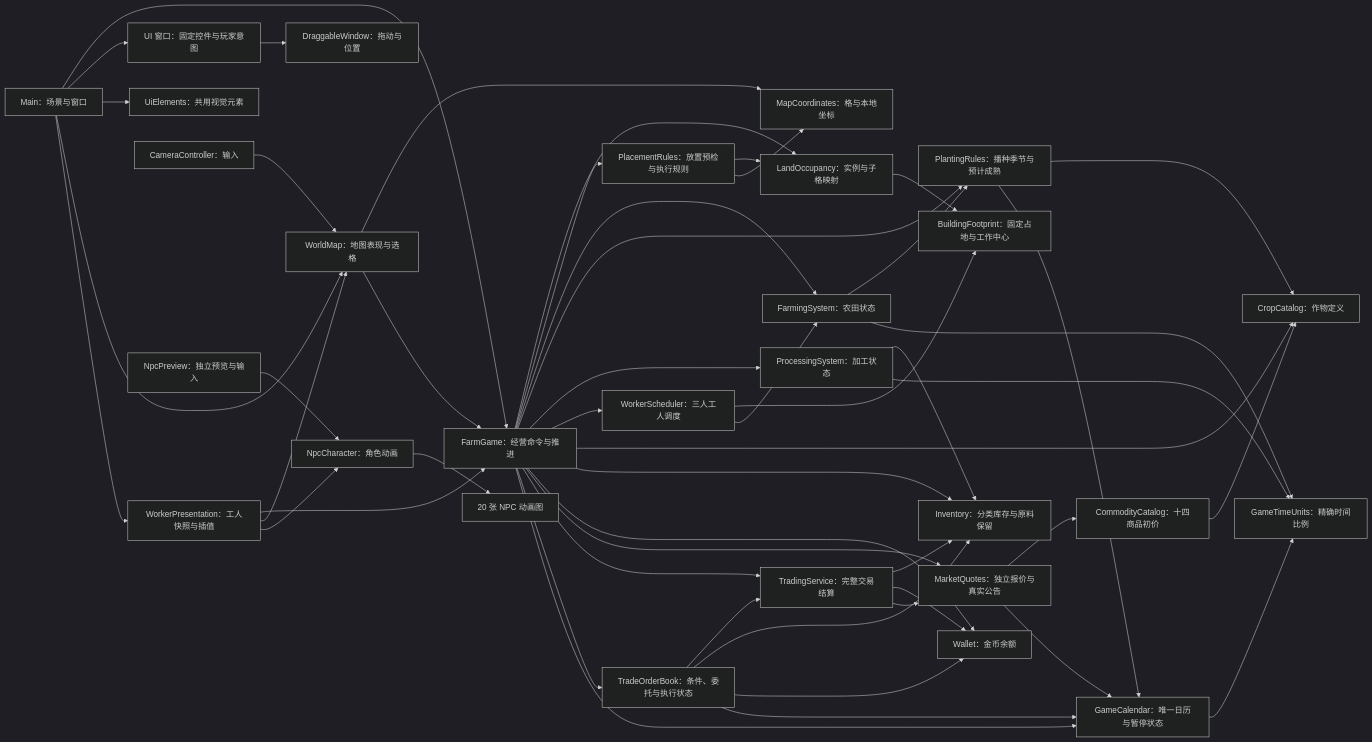
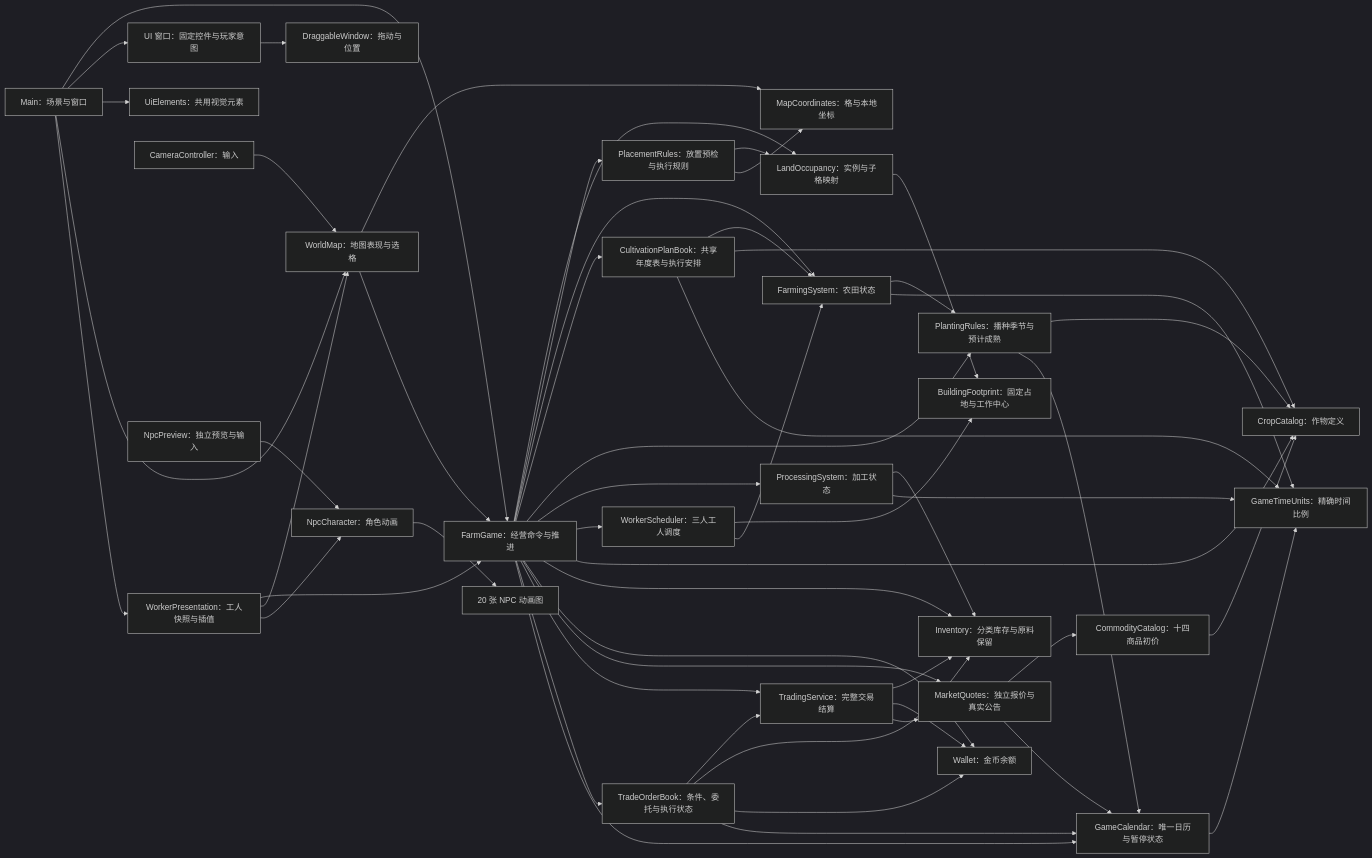
One commit to Fotally/Farm-Exchange changed the diagram in docs/architecture/implementation-system-organization.md. Above: the diagram before and after it, drawn with Mermaid (dark theme). The commit also changed other lines of this file and 57 other files, not shown here.

````diff
--- a/docs/architecture/implementation-system-organization.md
+++ b/docs/architecture/implementation-system-organization.md
@@ -5,52 +5,56 @@
 ```mermaid
 flowchart LR
     Main[Main：场景与窗口] --> FarmGame[FarmGame：经营命令与推进]
     Main --> UiWindows[UI 窗口：固定控件与玩家意图]
     UiWindows --> DragWindow[DraggableWindow：拖动与位置]
     Main --> UiStyle[UiElements：共用视觉元素]
     Main --> WorldMap[WorldMap：地图表现与选格]
     Main --> WorkerPresentation[WorkerPresentation：工人快照与插值]
     WorkerPresentation --> FarmGame
     WorkerPresentation --> WorldMap
     WorkerPresentation --> NpcCharacter[NpcCharacter：角色动画]
     Camera[CameraController：输入] --> WorldMap
     WorldMap --> MapCoordinates[MapCoordinates：格与本地坐标]
     WorldMap --> FarmGame
     FarmGame --> LandOccupancy[LandOccupancy：实例与子格映射]
     LandOccupancy --> Footprint[BuildingFootprint：固定占地与工作中心]
     WorkerScheduler --> Footprint
     FarmGame --> PlacementRules[PlacementRules：放置预检与执行规则]
     PlacementRules --> LandOccupancy
     PlacementRules --> MapCoordinates
     FarmGame --> FarmingSystem[FarmingSystem：农田状态]
+    FarmGame --> Cultivation[CultivationPlanBook：共享年度表与执行安排]
+    Cultivation --> FarmingSystem
+    Cultivation --> CropCatalog
+    Cultivation --> GameTimeUnits
     FarmGame --> PlantingRules[PlantingRules：播种季节与预计成熟]
     FarmGame --> ProcessingSystem[ProcessingSystem：加工状态]
     FarmGame --> WorkerScheduler[WorkerScheduler：三人工人调度]
     WorkerScheduler --> FarmingSystem
     FarmingSystem --> PlantingRules
     PlantingRules --> CropCatalog
     PlantingRules --> GameCalendar
     FarmGame --> CropCatalog[CropCatalog：作物定义]
     FarmGame --> Inventory[Inventory：分类库存与原料保留]
     ProcessingSystem --> Inventory
     FarmGame --> Wallet[Wallet：金币余额]
     FarmGame --> Market[MarketQuotes：独立报价与真实公告]
     FarmGame --> Trading[TradingService：完整交易结算]
     Trading --> Inventory
     Trading --> Wallet
     Trading --> Market
     FarmGame --> Orders[TradeOrderBook：条件、委托与执行状态]
     Orders --> Trading
     Orders --> Inventory
     Orders --> Wallet
     Orders --> GameCalendar
     Market --> CommodityCatalog[CommodityCatalog：十四商品初价]
     CommodityCatalog --> CropCatalog
     Market --> GameCalendar
     FarmGame --> GameCalendar[GameCalendar：唯一日历与暂停状态]
     FarmingSystem --> GameTimeUnits[GameTimeUnits：精确时间比例]
     ProcessingSystem --> GameTimeUnits
     GameCalendar --> GameTimeUnits
     NpcPreview[NpcPreview：独立预览与输入] --> NpcCharacter
     NpcCharacter --> NpcSheets[20 张 NPC 动画图]
 ```
````
